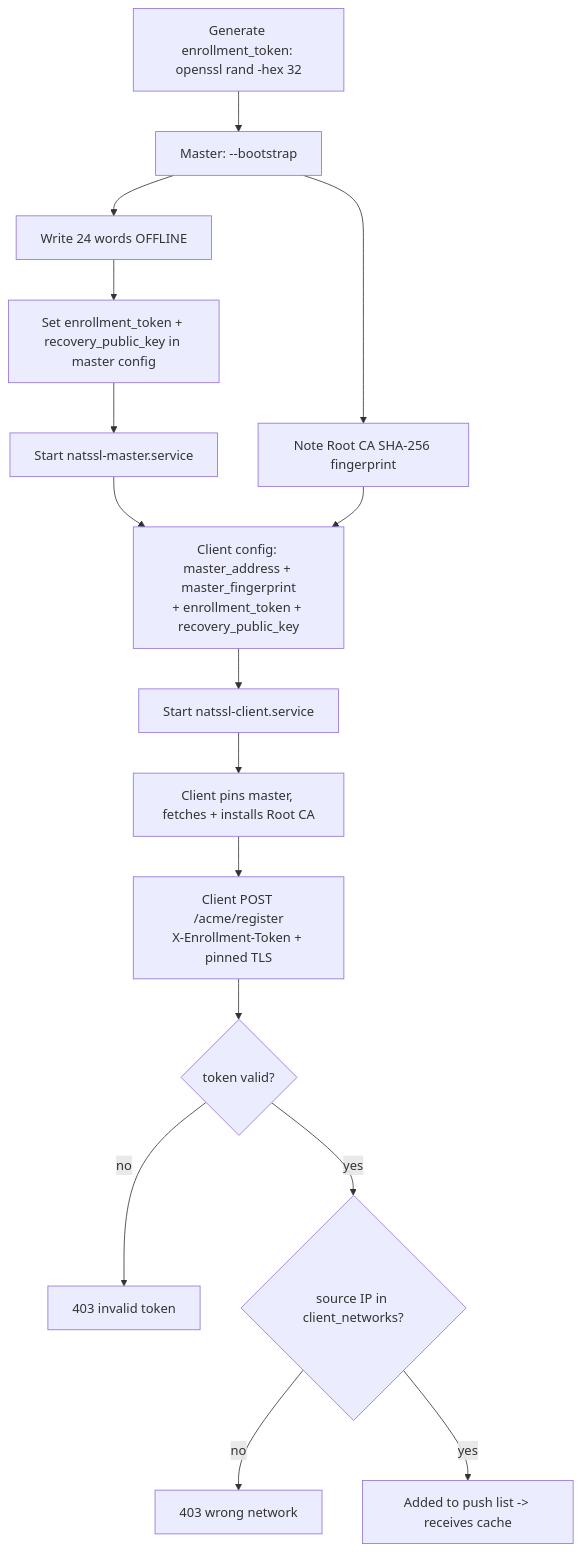
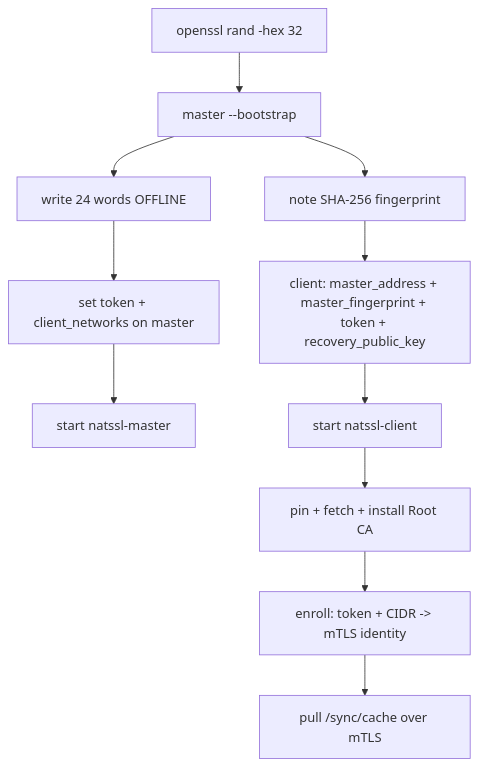
One commit to iskyneon/natssl changed the first of 2 diagrams in docs/DEPLOYMENT.md. Above: the diagram before and after it, drawn with Mermaid. The commit also changed other lines of this file and 23 other files, not shown here.

````diff
--- a/docs/DEPLOYMENT.md
+++ b/docs/DEPLOYMENT.md
@@ -167,18 +96,13 @@
 ```mermaid
 flowchart TD
-    T[Generate enrollment_token: openssl rand -hex 32] --> A[Master: --bootstrap]
-    A --> B[Write 24 words OFFLINE]
-    A --> FP[Note Root CA SHA-256 fingerprint]
-    B --> C[Set enrollment_token + recovery_public_key in master config]
-    C --> D[Start natssl-master.service]
-    D --> E[Client config: master_address + master_fingerprint<br/>+ enrollment_token + recovery_public_key]
-    FP --> E
-    E --> F[Start natssl-client.service]
-    F --> G[Client pins master, fetches + installs Root CA]
-    G --> H[Client POST /acme/register<br/>X-Enrollment-Token + pinned TLS]
-    H --> I{token valid?}
-    I -->|no| K1[403 invalid token]
-    I -->|yes| J{source IP in client_networks?}
-    J -->|no| K2[403 wrong network]
-    J -->|yes| OK[Added to push list -> receives cache]
+    T[openssl rand -hex 32] --> A[master --bootstrap]
+    A --> FP[note SHA-256 fingerprint]
+    A --> B[write 24 words OFFLINE]
+    B --> C[set token + client_networks on master]
+    C --> D[start natssl-master]
+    FP --> E[client: master_address + master_fingerprint + token + recovery_public_key]
+    E --> F[start natssl-client]
+    F --> G[pin + fetch + install Root CA]
+    G --> H[enroll: token + CIDR -> mTLS identity]
+    H --> I[pull /sync/cache over mTLS]
 ```
````
